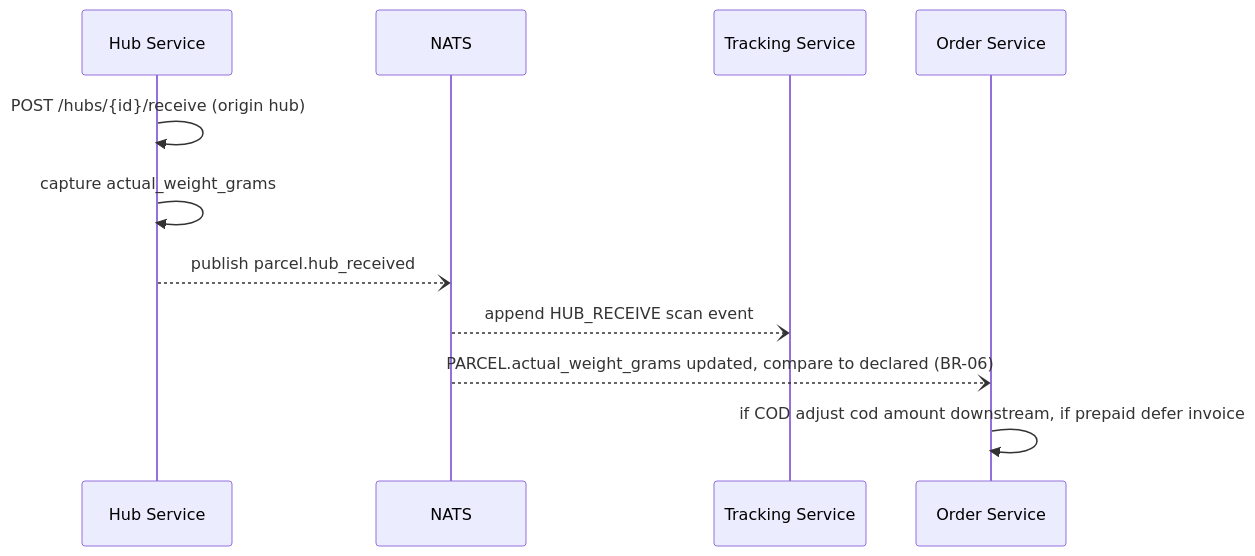
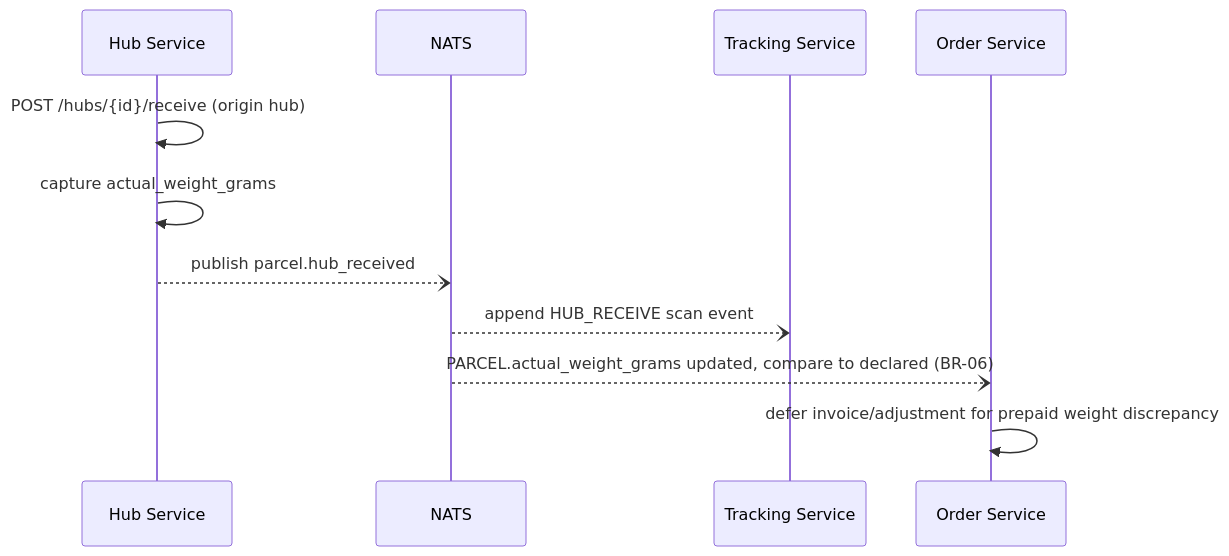
Before and after one commit to dunguyen-311201/nestjs: the first of 2 diagrams in shipping-system/docs/lld/hub-service.md, drawn with Mermaid. The commit also changed 9 other files, not shown here.

````diff
--- a/shipping-system/docs/lld/hub-service.md
+++ b/shipping-system/docs/lld/hub-service.md
@@ -28,14 +28,14 @@
 ```mermaid
 sequenceDiagram
     participant Hub as Hub Service
     participant NATS
     participant Tracking as Tracking Service
     participant Order as Order Service
 
     Hub->>Hub: POST /hubs/{id}/receive (origin hub)
     Hub->>Hub: capture actual_weight_grams
     Hub--)NATS: publish parcel.hub_received
     NATS--)Tracking: append HUB_RECEIVE scan event
     NATS--)Order: PARCEL.actual_weight_grams updated, compare to declared (BR-06)
-    Order->>Order: if COD adjust cod amount downstream, if prepaid defer invoice
+    Order->>Order: defer invoice/adjustment for prepaid weight discrepancy
 ```
````
